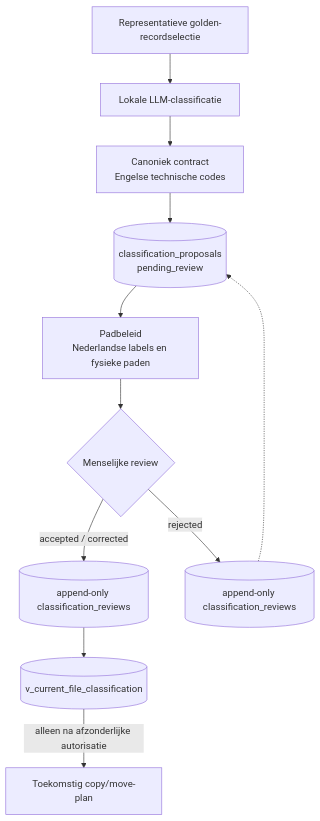
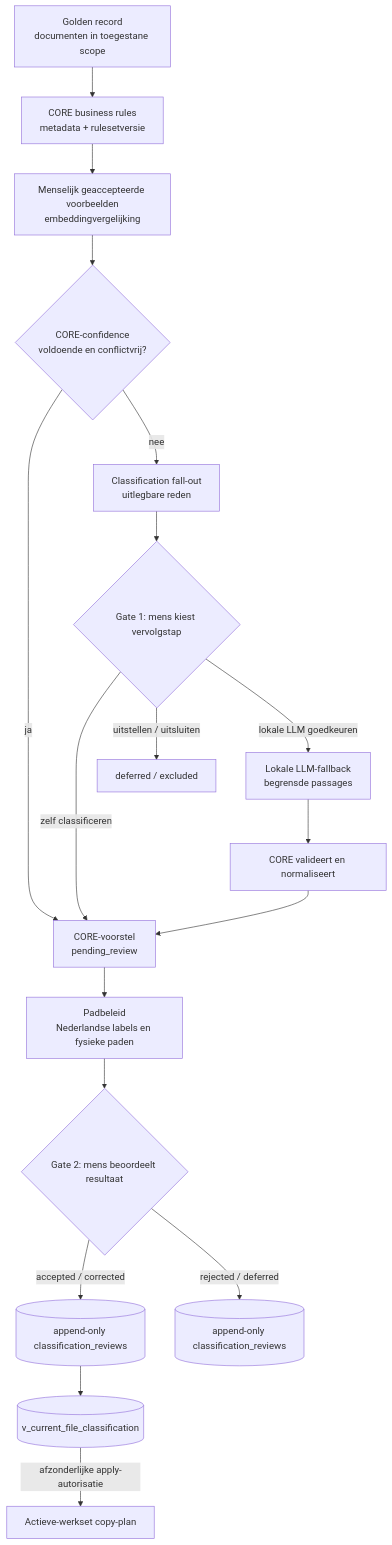
One commit to hugcoding/core-platform changed the third of 5 diagrams in docs/wiki/core-flows.md. Above: the diagram before and after it, drawn with Mermaid. The commit also changed other lines of this file and 1 other file, not shown here.

Commit message:
docs(scrum-88): define CORE-first classification gates

````diff
--- a/docs/wiki/core-flows.md
+++ b/docs/wiki/core-flows.md
@@ -59,13 +60,20 @@
 ```mermaid
 flowchart TD
-    SEL["Representatieve golden-recordselectie"] --> LLM["Lokale LLM-classificatie"]
-    LLM --> CAN["Canoniek contract<br/>Engelse technische codes"]
-    CAN --> PROP[("classification_proposals<br/>pending_review")]
+    SEL["Golden record<br/>documenten in toegestane scope"] --> RULES["CORE business rules<br/>metadata + rulesetversie"]
+    RULES --> EXAMPLES["Menselijk geaccepteerde voorbeelden<br/>embeddingvergelijking"]
+    EXAMPLES --> CONF{"CORE-confidence<br/>voldoende en conflictvrij?"}
+    CONF -->|"ja"| PROP["CORE-voorstel<br/>pending_review"]
+    CONF -->|"nee"| FALL["Classification fall-out<br/>uitlegbare reden"]
+    FALL --> GATE1{"Gate 1: mens kiest vervolgstap"}
+    GATE1 -->|"zelf classificeren"| PROP
+    GATE1 -->|"uitstellen / uitsluiten"| HOLD["deferred / excluded"]
+    GATE1 -->|"lokale LLM goedkeuren"| LLM["Lokale LLM-fallback<br/>begrensde passages"]
+    LLM --> CAN["CORE valideert en normaliseert"]
+    CAN --> PROP
     PROP --> POL["Padbeleid<br/>Nederlandse labels en fysieke paden"]
-    POL --> REV{"Menselijke review"}
-    REV -->|"accepted / corrected"| AR[("append-only classification_reviews")]
-    REV -->|"rejected"| RR[("append-only classification_reviews")]
+    POL --> GATE2{"Gate 2: mens beoordeelt resultaat"}
+    GATE2 -->|"accepted / corrected"| AR[("append-only classification_reviews")]
+    GATE2 -->|"rejected / deferred"| RR[("append-only classification_reviews")]
     AR --> CUR[("v_current_file_classification")]
-    CUR -->|"alleen na afzonderlijke autorisatie"| PLAN["Toekomstig copy/move-plan"]
-    RR -.-> PROP
+    CUR -->|"afzonderlijke apply-autorisatie"| PLAN["Actieve-werkset copy-plan"]
 ```
````
